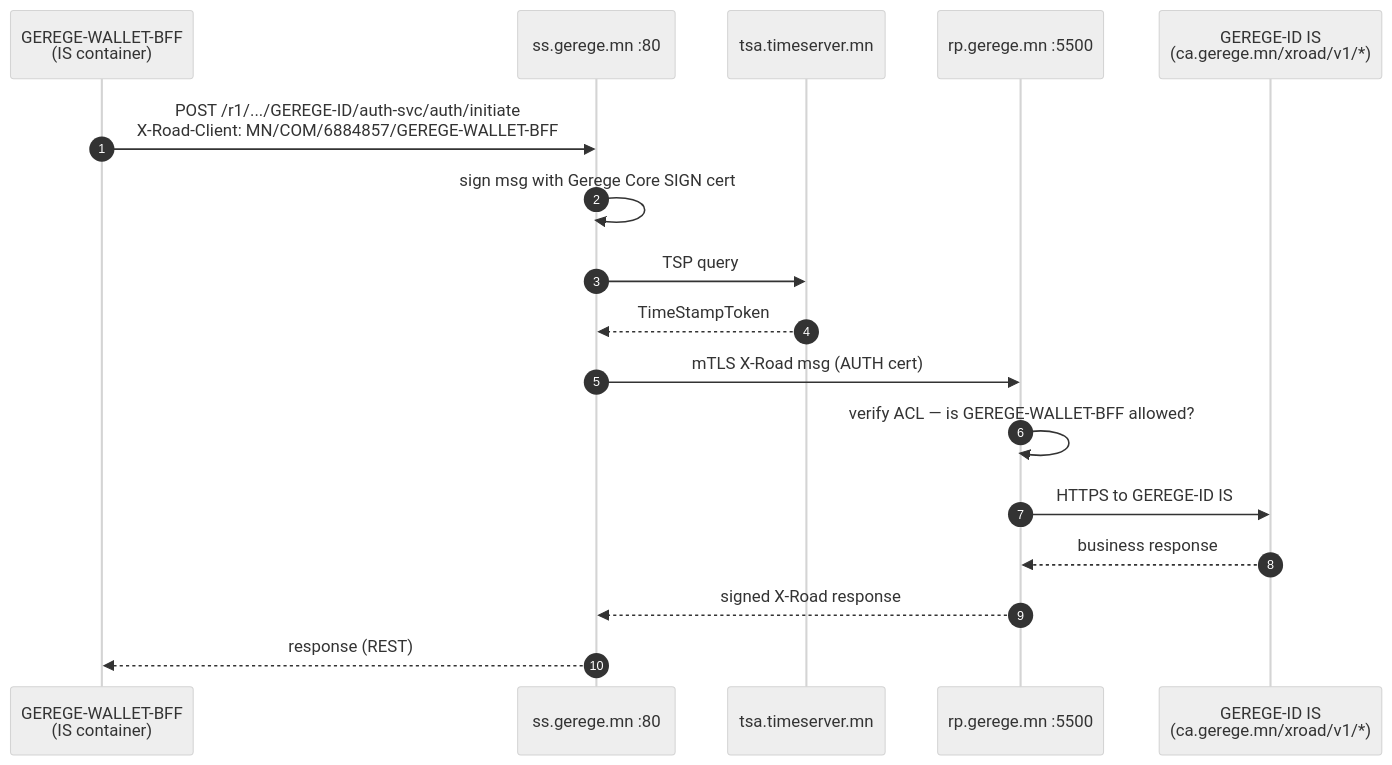
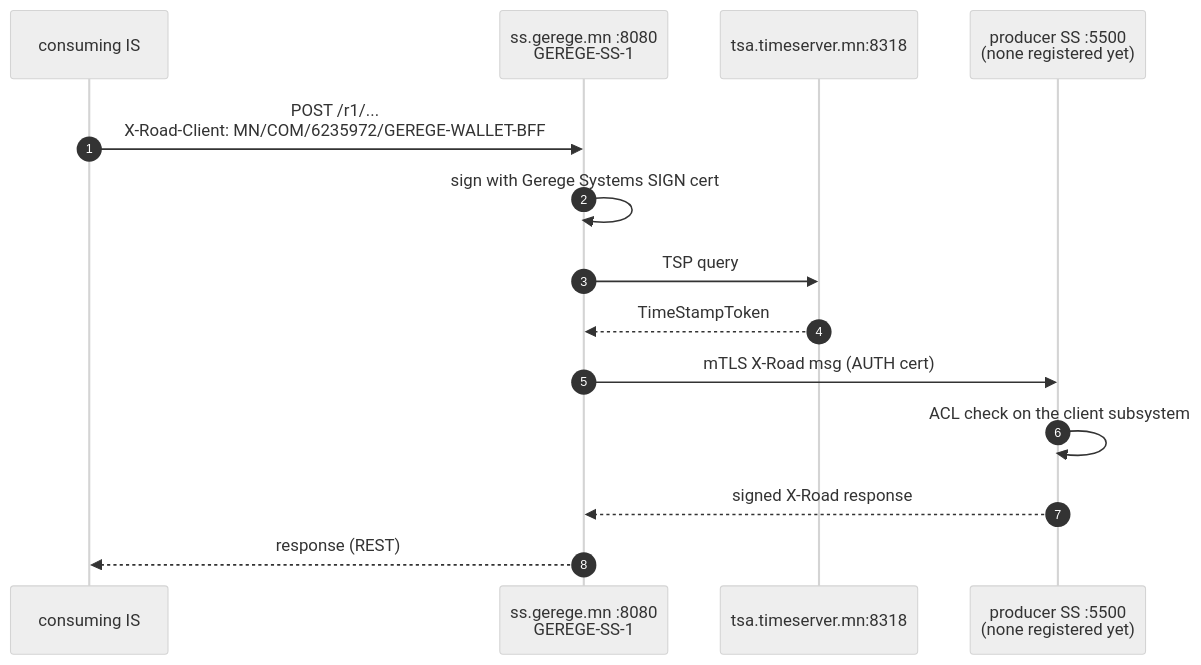
One commit to geregedevops/xroad-mongolia-mn changed the first of 3 diagrams in ss.gerege.mn/README.md. Above: the diagram before and after it, drawn with Mermaid (neutral theme). The commit also changed other lines of this file and 3 other files, not shown here.

First line of the commit message:
ss.gerege.mn: rebuilt and registered as GEREGE-SS-1 (MN/COM/6235972)

````diff
--- a/ss.gerege.mn/README.md
+++ b/ss.gerege.mn/README.md
@@ -31,20 +44,17 @@
 ```mermaid
 sequenceDiagram
     autonumber
-    participant BFF as GEREGE-WALLET-BFF<br/>(IS container)
-    participant SS as ss.gerege.mn :80
-    participant TSA as tsa.timeserver.mn
-    participant RP as rp.gerege.mn :5500
-    participant PRP as GEREGE-ID IS<br/>(ca.gerege.mn/xroad/v1/*)
+    participant IS as consuming IS
+    participant SS as ss.gerege.mn :8080<br/>GEREGE-SS-1
+    participant TSA as tsa.timeserver.mn:8318
+    participant PROD as producer SS :5500<br/>(none registered yet)
 
-    BFF->>SS: POST /r1/.../GEREGE-ID/auth-svc/auth/initiate<br/>X-Road-Client: MN/COM/6884857/GEREGE-WALLET-BFF
-    SS->>SS: sign msg with Gerege Core SIGN cert
+    IS->>SS: POST /r1/... <br/>X-Road-Client: MN/COM/6235972/GEREGE-WALLET-BFF
+    SS->>SS: sign with Gerege Systems SIGN cert
     SS->>TSA: TSP query
     TSA-->>SS: TimeStampToken
-    SS->>RP: mTLS X-Road msg (AUTH cert)
-    RP->>RP: verify ACL — is GEREGE-WALLET-BFF allowed?
-    RP->>PRP: HTTPS to GEREGE-ID IS
-    PRP-->>RP: business response
-    RP-->>SS: signed X-Road response
-    SS-->>BFF: response (REST)
+    SS->>PROD: mTLS X-Road msg (AUTH cert)
+    PROD->>PROD: ACL check on the client subsystem
+    PROD-->>SS: signed X-Road response
+    SS-->>IS: response (REST)
 ```
````
